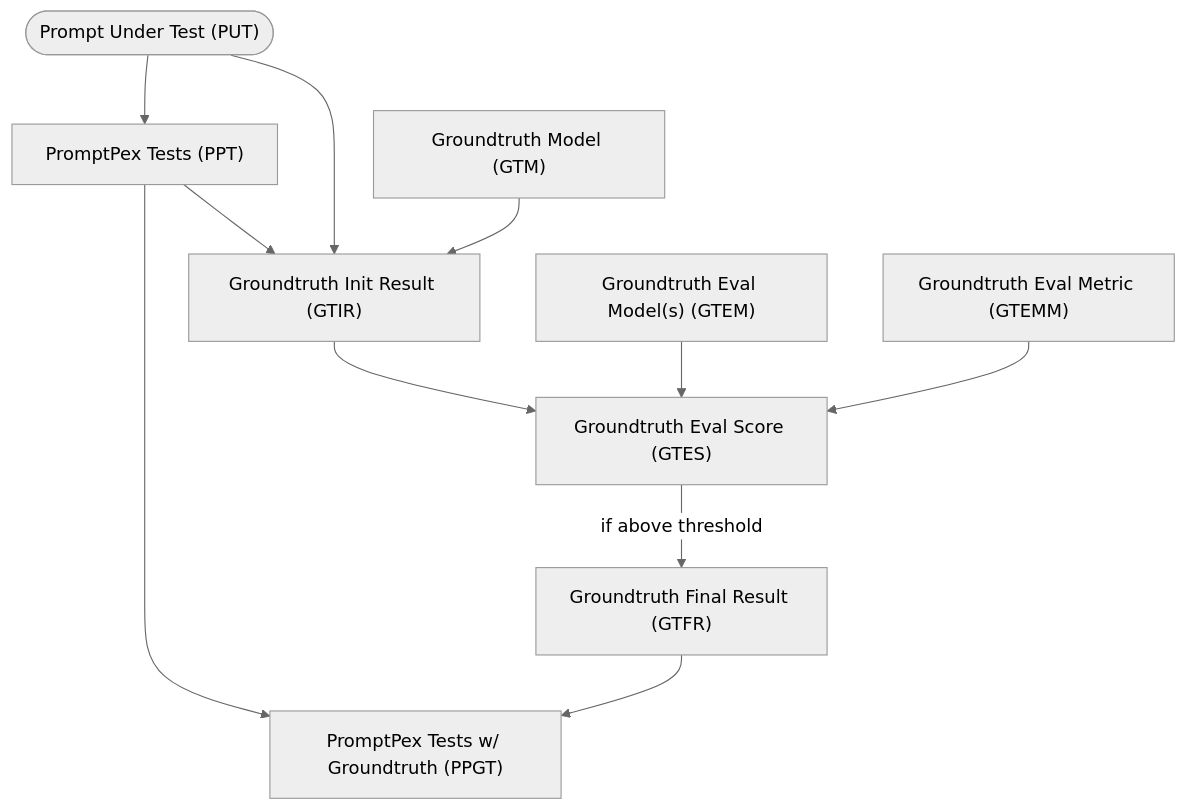
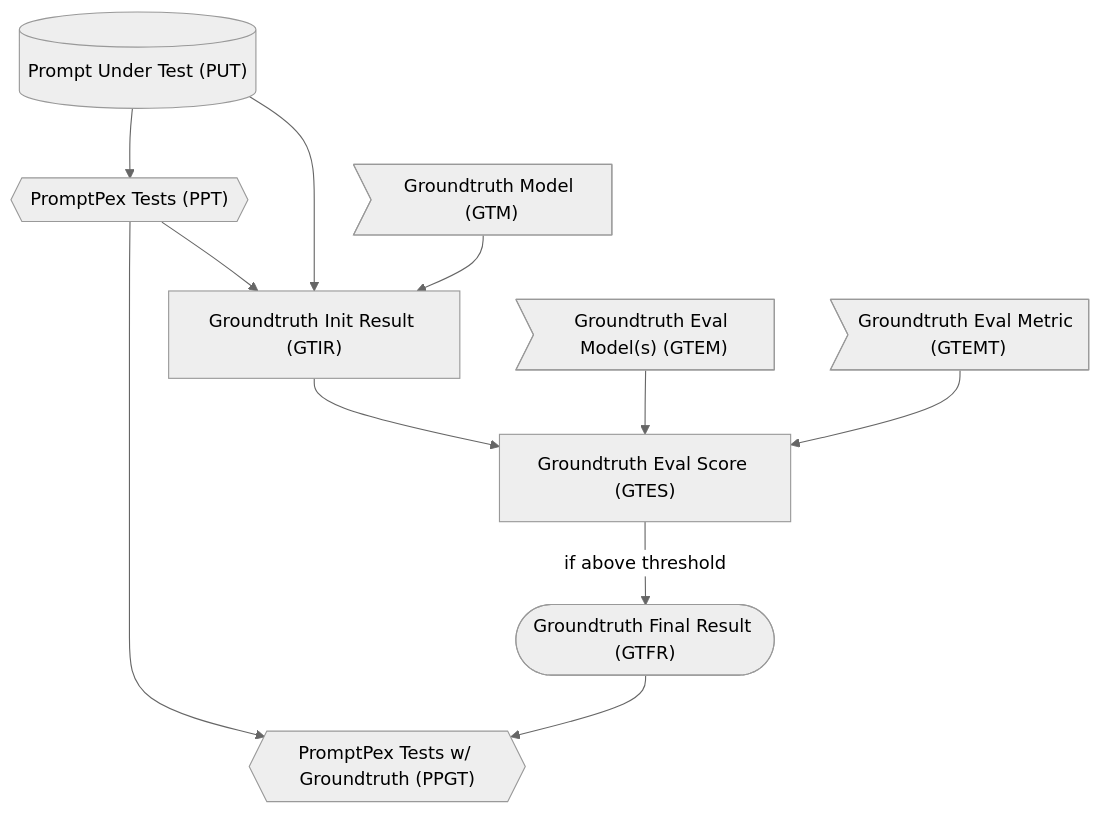
The diagram in docs/src/content/docs/reference/groundtruth.md (microsoft/promptpex), drawn with Mermaid (neutral theme) before and after one commit. The commit also changed 1 other file, not shown here.

Commit message:
📝 docs: Add and clarify Ground Truth test terminology
Expanded glossary and updated diagrams to standardize GTM terms.

````diff
--- a/docs/src/content/docs/reference/groundtruth.md
+++ b/docs/src/content/docs/reference/groundtruth.md
@@ -10,24 +10,24 @@
 ```mermaid
 graph TD
-    PUT(["Prompt Under Test (PUT)"])
-    PPT["PromptPex Tests (PPT)"]
-    GTM["Groundtruth Model (GTM)"]
+    PUT[("Prompt Under Test (PUT)")]
+    PPT{{"PromptPex Tests (PPT)"}}
+    GTM>"Groundtruth Model (GTM)"]
     GTIR["Groundtruth Init Result (GTIR)"]
-    GTEM["Groundtruth Eval Model(s) (GTEM)"]
-    GTEMM["Groundtruth Eval Metric (GTEMM)"]
+    GTEM>"Groundtruth Eval Model(s) (GTEM)"]
+    GTEMT>"Groundtruth Eval Metric (GTEMT)"]
     GTES["Groundtruth Eval Score (GTES)"]
-    GTFR["Groundtruth Final Result (GTFR)"]   
-    PPTGT["PromptPex Tests w/ Groundtruth (PPGT)"] 
+    GTFR(["Groundtruth Final Result (GTFR)"])
+    PPGT{{"PromptPex Tests w/ Groundtruth (PPGT)"}}
 
     PUT --> PPT
     PPT --> GTIR
     PUT --> GTIR
     GTM --> GTIR
     GTIR --> GTES
     GTEM --> GTES
-    GTEMM --> GTES
+    GTEMT --> GTES
     GTES --> | if above threshold| GTFR
-    PPT --> PPTGT
-    GTFR --> PPTGT
+    PPT --> PPGT
+    GTFR --> PPGT
 
 ```
````
